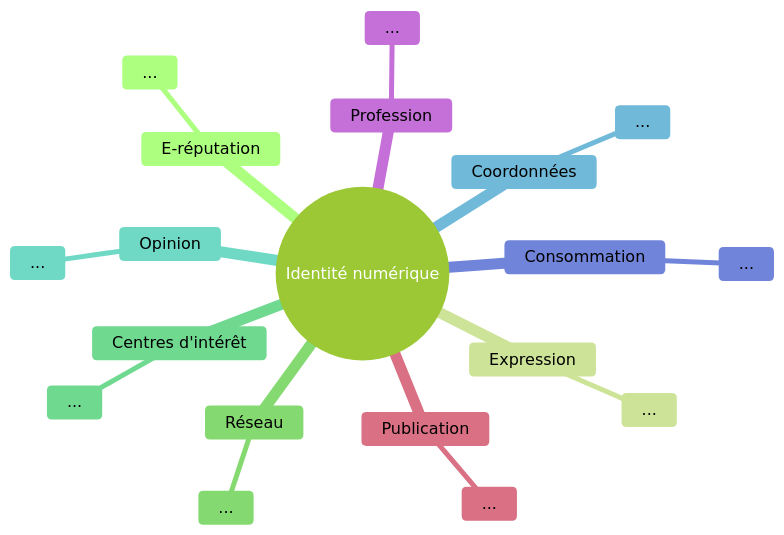
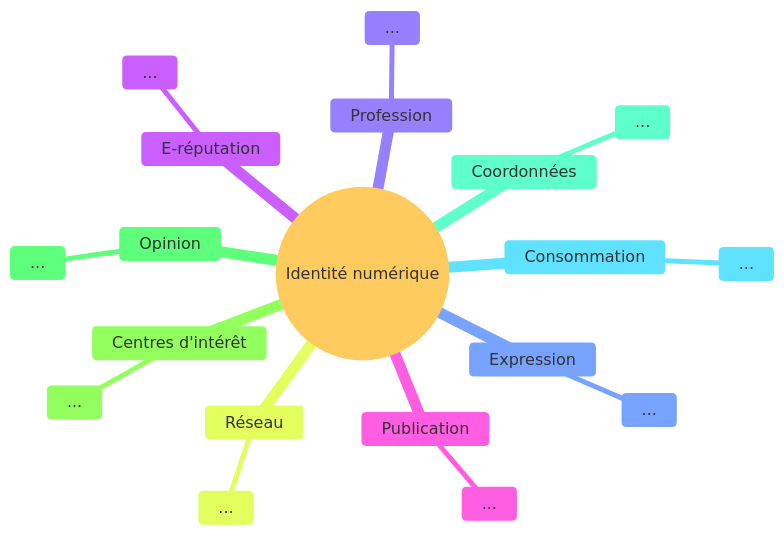
Before and after one commit to boddaert/snt: the diagram in seconde/Réseaux sociaux/Identite_numerique.md, drawn with Mermaid.

Commit message:
id numerique

````diff
--- a/seconde/Réseaux sociaux/Identite_numerique.md
+++ b/seconde/Réseaux sociaux/Identite_numerique.md
@@ -7,23 +7,23 @@
 ```mermaid
-%%{init: { 'logLevel': 'debug', 'theme': 'forest'}}%%
+%%{init: { 'logLevel': 'debug', 'theme': 'base'}}%%
 mindmap
   root((Identité numérique))
     E-réputation
         ...
     Expression
         ...
     Réseau
         ...
     Centres d'intérêt
         ...
     Opinion
         ...
     Coordonnées
         ...
     Consommation
         ...
     Profession
         ...
     Publication
         ...
 ```
````
